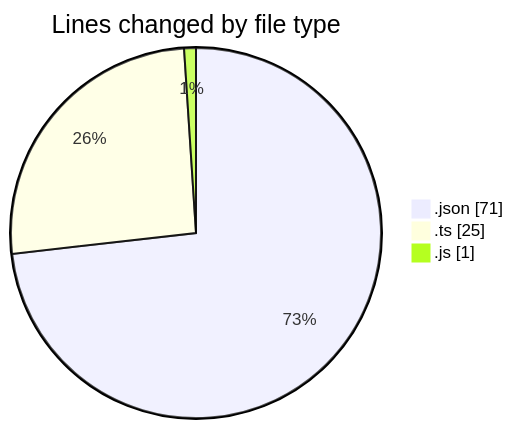
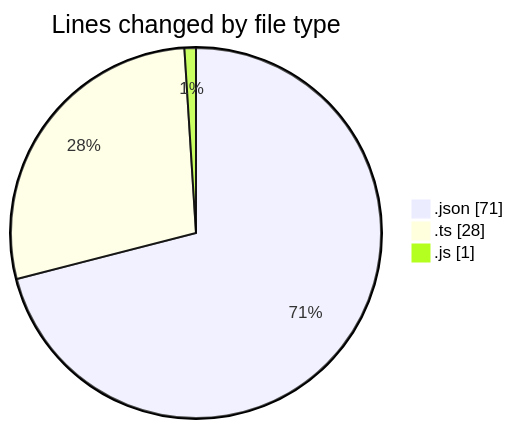
One commit to momahboobian/code-tracking changed the first of 2 diagrams in 2025-02-06/cda/README.md. Above: the diagram before and after it, drawn with Mermaid. The commit also changed other lines of this file and 1 other file, not shown here.

````diff
--- a/2025-02-06/cda/README.md
+++ b/2025-02-06/cda/README.md
@@ -22,7 +22,7 @@
 ```mermaid
 pie showData
 title Lines changed by file type
 ".json" : 71
-".ts" : 25
+".ts" : 28
 ".js" : 1
 ```
````
